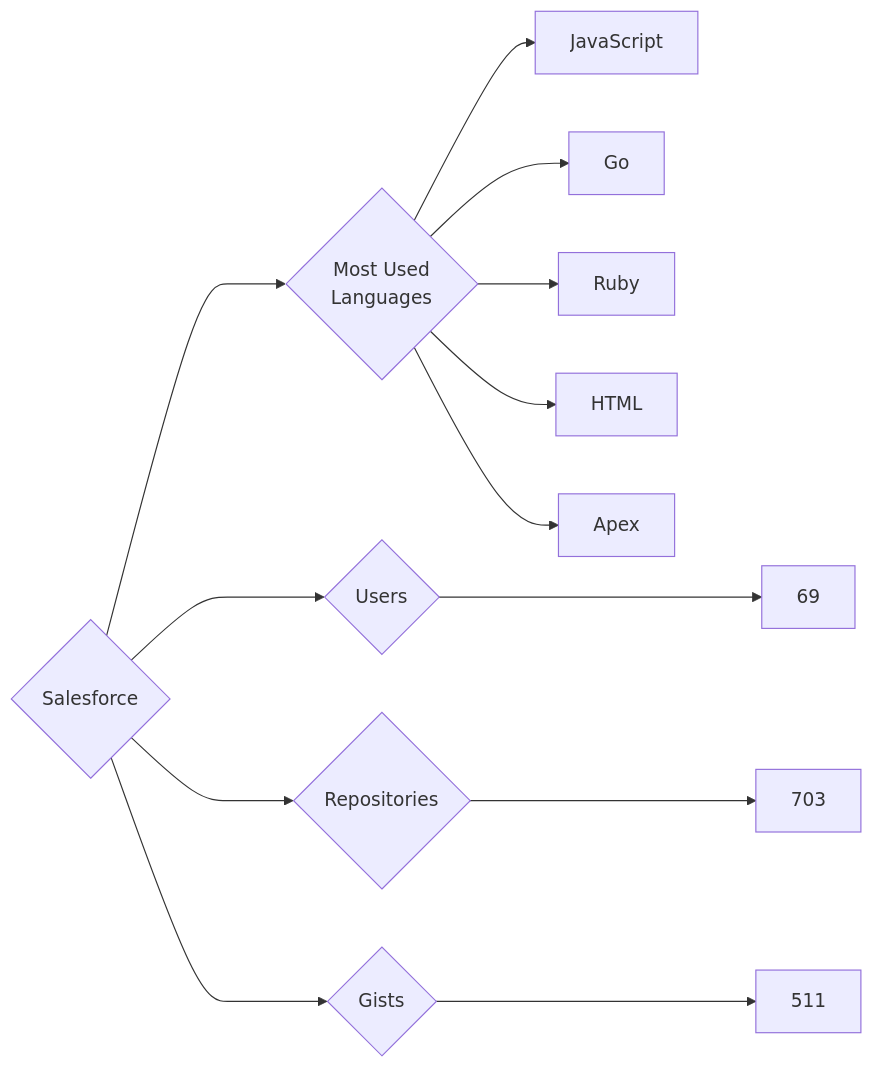
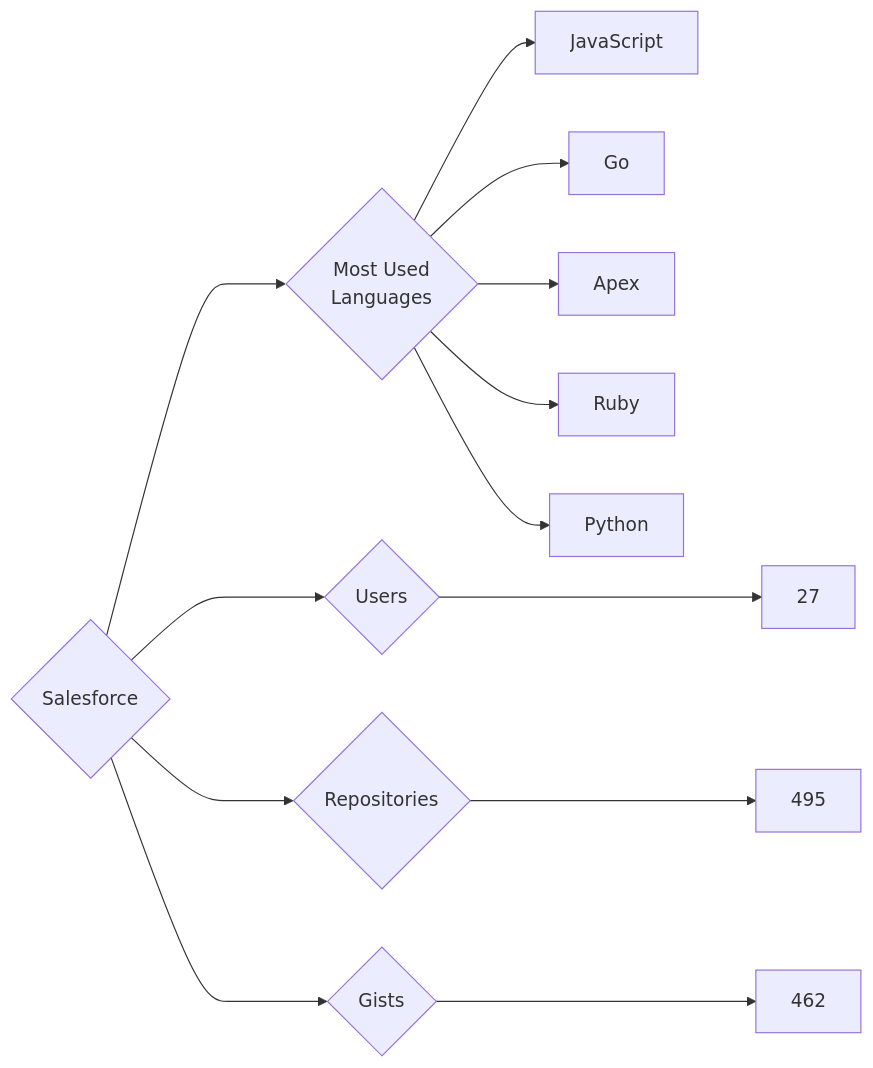
The diagram in targets/Salesforce/README.md (trickest/insiders), drawn with Mermaid before and after one commit. The commit also changed 773 other files, not shown here.

````diff
--- a/targets/Salesforce/README.md
+++ b/targets/Salesforce/README.md
@@ -3,13 +3,13 @@
 ```mermaid
 graph LR
 COMPANY_NAME{Salesforce}
-COMPANY_NAME ---> U{Users} ---> UN[69]
-COMPANY_NAME ---> R{Repositories} ---> RN[703]
-COMPANY_NAME ---> G{Gists} ---> GN[511]
+COMPANY_NAME ---> U{Users} ---> UN[27]
+COMPANY_NAME ---> R{Repositories} ---> RN[495]
+COMPANY_NAME ---> G{Gists} ---> GN[462]
 COMPANY_NAME ---> ML{Most Used<br>Languages}
 ML --> JavaScript[JavaScript]
 ML --> Go[Go]
+ML --> Apex[Apex]
 ML --> Ruby[Ruby]
-ML --> HTML[HTML]
-ML --> Apex[Apex]
+ML --> Python[Python]
 ```
````
